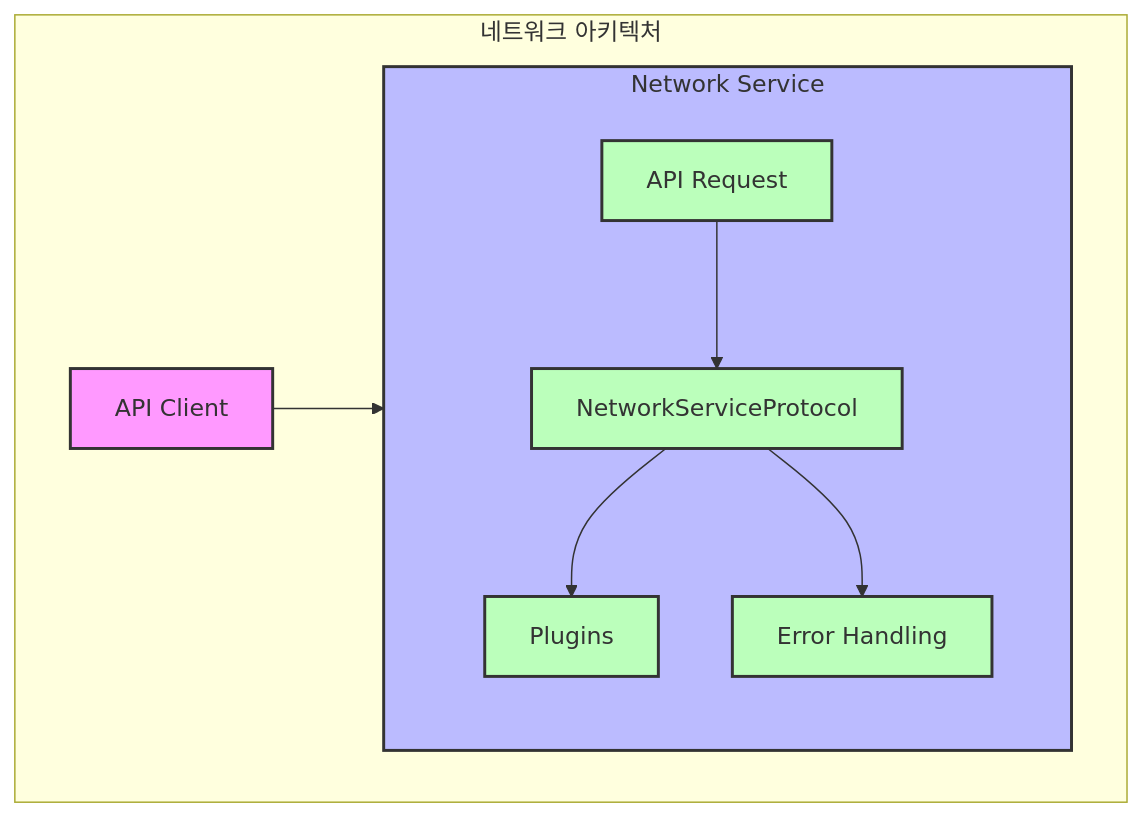
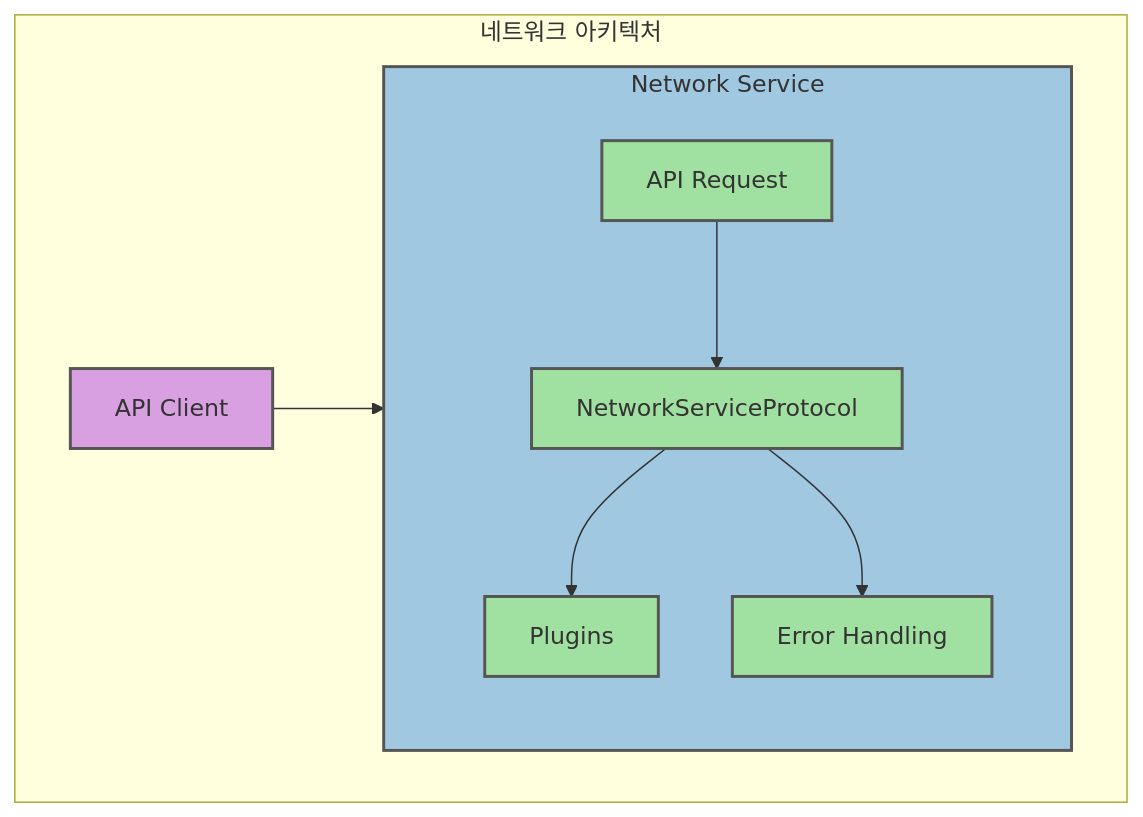
The third of 4 diagrams in README.md (Jimmy-Jung/TossBankClone), drawn with Mermaid before and after one commit. The commit also changed other lines of this file, not shown here.

````diff
--- a/README.md
+++ b/README.md
@@ -274,25 +274,25 @@
 ```mermaid
 flowchart TB
     subgraph "네트워크 아키텍처"
         APIClient["API Client"] --> NetworkService
         
         subgraph NetworkService["Network Service"]
             APIRequest["API Request"]
             NetworkServiceProtocol["NetworkServiceProtocol"]
             Plugins["Plugins"]
             ErrorHandling["Error Handling"]
             
             APIRequest --> NetworkServiceProtocol
             NetworkServiceProtocol --> Plugins
             NetworkServiceProtocol --> ErrorHandling
         end
     end
     
-    classDef client fill:#f9f,stroke:#333,stroke-width:2px
-    classDef service fill:#bbf,stroke:#333,stroke-width:2px
-    classDef component fill:#bfb,stroke:#333,stroke-width:2px
+    classDef client fill:#d8a0e0,stroke:#555,stroke-width:2px
+    classDef service fill:#a0c8e0,stroke:#555,stroke-width:2px
+    classDef component fill:#a0e0a0,stroke:#555,stroke-width:2px
     
     class APIClient client
     class NetworkService service
     class APIRequest,NetworkServiceProtocol,Plugins,ErrorHandling component
 ```
````
